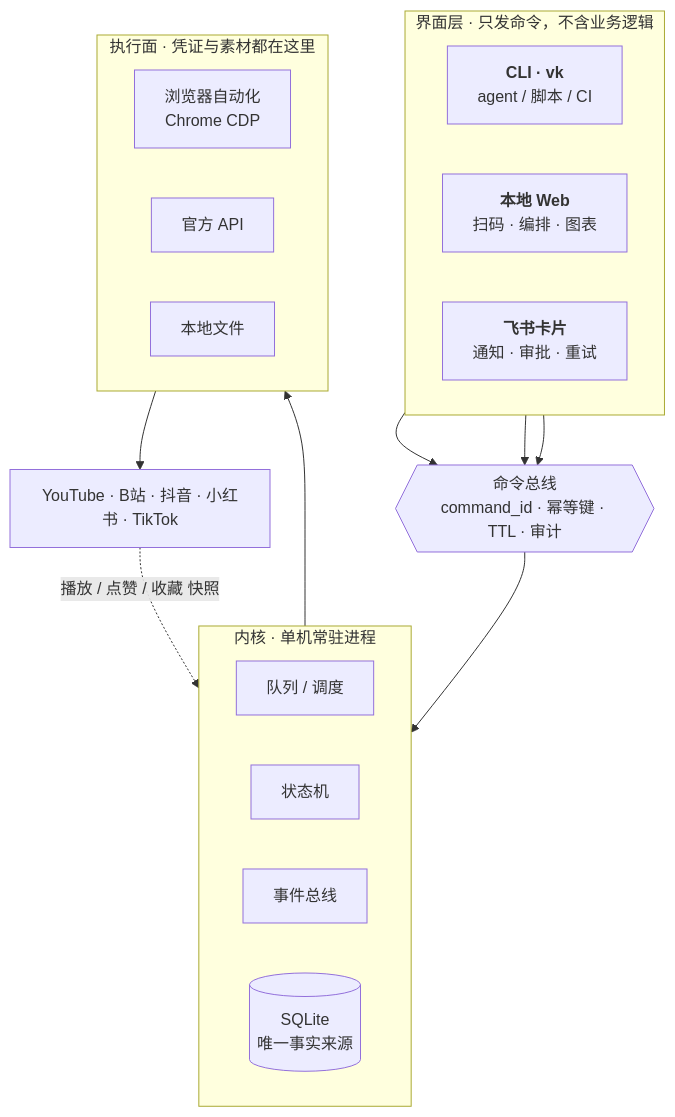
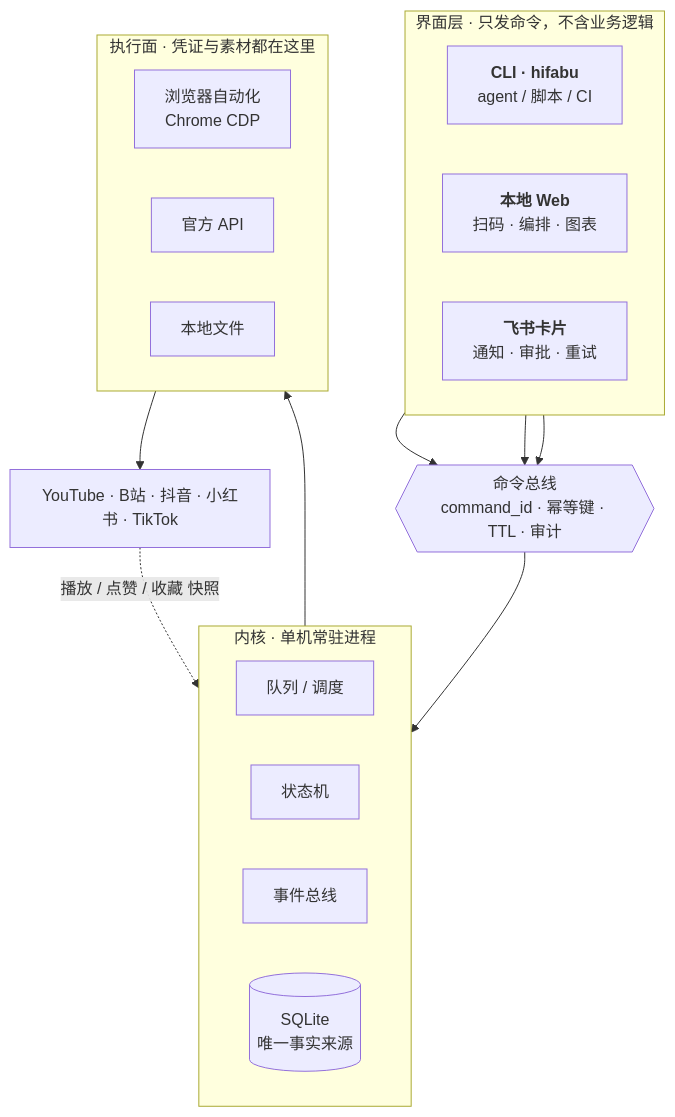
Before and after one commit to versekit-labs/versekit: the first of 2 diagrams in README.md, drawn with Mermaid. The commit also changed other lines of this file and 33 other files, not shown here.

First line of the commit message:
feat(cli): 将主命令改为 hifabu

````diff
--- a/README.md
+++ b/README.md
@@ -37,36 +37,36 @@
 ```mermaid
 flowchart TB
   subgraph UI["界面层 · 只发命令，不含业务逻辑"]
     direction LR
-    CLI["<b>CLI · vk</b><br/>agent / 脚本 / CI"]
+    CLI["<b>CLI · hifabu</b><br/>agent / 脚本 / CI"]
     WEB["<b>本地 Web</b><br/>扫码 · 编排 · 图表"]
     IM["<b>飞书卡片</b><br/>通知 · 审批 · 重试"]
   end
 
   BUS{{"命令总线<br/>command_id · 幂等键 · TTL · 审计"}}
 
   subgraph CORE["内核 · 单机常驻进程"]
     direction LR
     Q["队列 / 调度"]
     SM["状态机"]
     EV["事件总线"]
     DB[("SQLite<br/>唯一事实来源")]
   end
 
   subgraph EXEC["执行面 · 凭证与素材都在这里"]
     direction LR
     BA["浏览器自动化<br/>Chrome CDP"]
     API["官方 API"]
     FS["本地文件"]
   end
 
   PLAT["YouTube · B站 · 抖音 · 小红书 · TikTok"]
 
   CLI --> BUS
   WEB --> BUS
   IM --> BUS
   BUS --> CORE
   CORE --> EXEC
   EXEC --> PLAT
   PLAT -. 播放 / 点赞 / 收藏 快照 .-> DB
 ```
````
